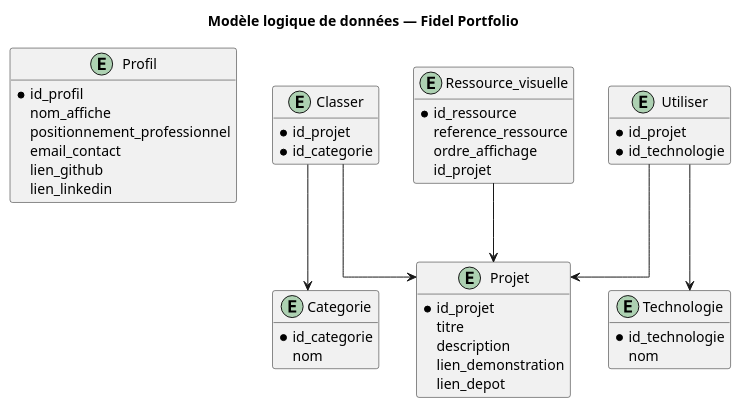
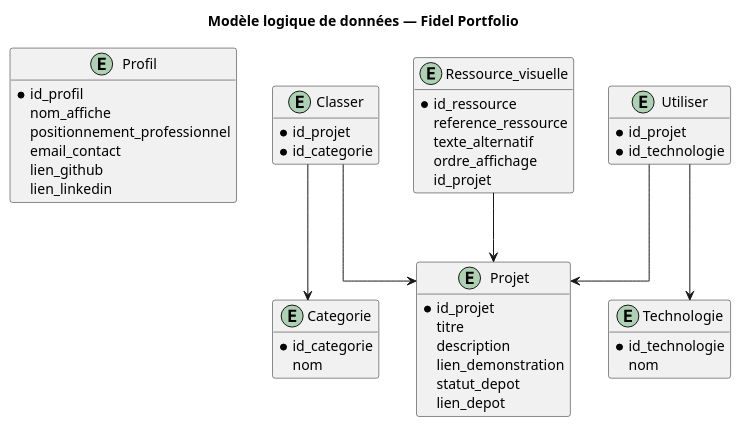
One commit to EcceAlgo/fidel-portfolio changed the diagram in docs/diagrams/data/mld.puml. Above: the diagram before and after it, drawn with PlantUML. The commit also changed 16 other files, not shown here.

Commit message:
📝 docs: harmoniser les spécifications et l’architecture

```diff
--- a/docs/diagrams/data/mld.puml
+++ b/docs/diagrams/data/mld.puml
@@ -1,62 +1,64 @@
 @startuml mld
 
 title Modèle logique de données — Fidel Portfolio
 
 hide methods
 hide stereotypes
 skinparam linetype ortho
 skinparam shadowing false
 
 entity "Profil" as Profil {
   * id_profil
   nom_affiche
   positionnement_professionnel
   email_contact
   lien_github
   lien_linkedin
 }
 
 entity "Projet" as Projet {
   * id_projet
   titre
   description
   lien_demonstration
+  statut_depot
   lien_depot
 }
 
 entity "Categorie" as Categorie {
   * id_categorie
   nom
 }
 
 entity "Technologie" as Technologie {
   * id_technologie
   nom
 }
 
 entity "Ressource_visuelle" as RessourceVisuelle {
   * id_ressource
   reference_ressource
+  texte_alternatif
   ordre_affichage
   id_projet
 }
 
 entity "Classer" as Classer {
   * id_projet
   * id_categorie
 }
 
 entity "Utiliser" as Utiliser {
   * id_projet
   * id_technologie
 }
 
 Classer --> Projet
 Classer --> Categorie
 
 Utiliser --> Projet
 Utiliser --> Technologie
 
 RessourceVisuelle --> Projet
 
 @enduml
```
